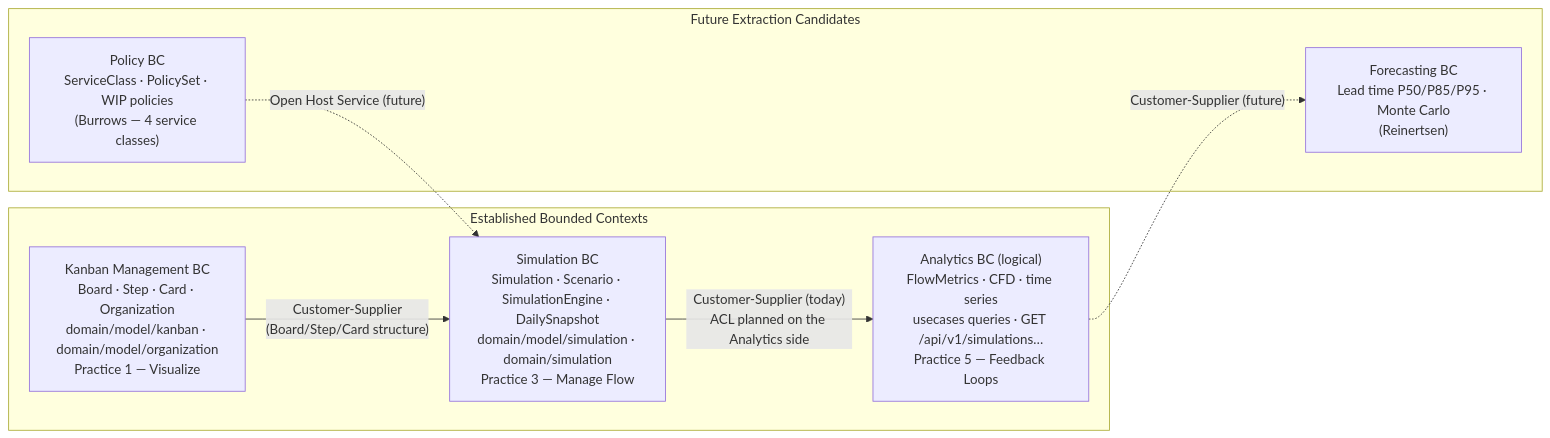
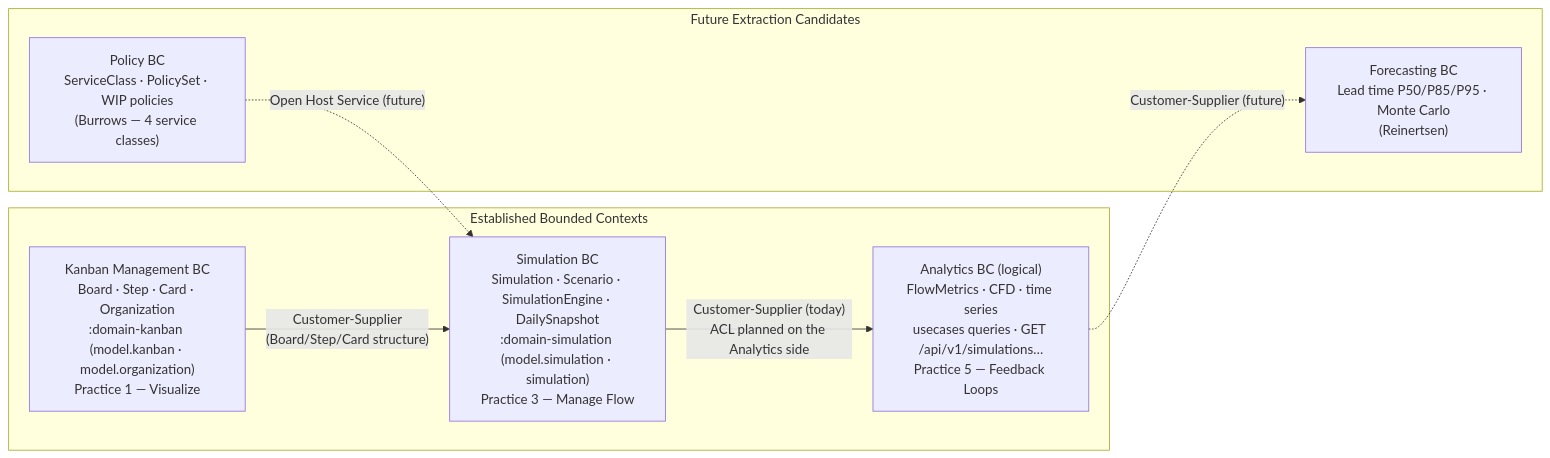
One commit to agnaldo4j/kanban-vision-api-kt changed the diagram in docs/context-map.md. Above: the diagram before and after it, drawn with Mermaid. The commit also changed other lines of this file and 4 other files, not shown here.

First line of the commit message:
GAP-CM [N] — Auditoria pós-ADR-0038 + refresh de docs e diagramas (#303)

````diff
--- a/docs/context-map.md
+++ b/docs/context-map.md
@@ -14,16 +14,16 @@
 ```mermaid
 graph LR
     subgraph EST["Established Bounded Contexts"]
-        KM["Kanban Management BC<br/>Board · Step · Card · Organization<br/>domain/model/kanban · domain/model/organization<br/>Practice 1 — Visualize"]
-        SIM["Simulation BC<br/>Simulation · Scenario · SimulationEngine · DailySnapshot<br/>domain/model/simulation · domain/simulation<br/>Practice 3 — Manage Flow"]
+        KM["Kanban Management BC<br/>Board · Step · Card · Organization<br/>:domain-kanban (model.kanban · model.organization)<br/>Practice 1 — Visualize"]
+        SIM["Simulation BC<br/>Simulation · Scenario · SimulationEngine · DailySnapshot<br/>:domain-simulation (model.simulation · simulation)<br/>Practice 3 — Manage Flow"]
         ANA["Analytics BC (logical)<br/>FlowMetrics · CFD · time series<br/>usecases queries · GET /api/v1/simulations…<br/>Practice 5 — Feedback Loops"]
     end
     subgraph FUT["Future Extraction Candidates"]
         FOR["Forecasting BC<br/>Lead time P50/P85/P95 · Monte Carlo<br/>(Reinertsen)"]
         POL["Policy BC<br/>ServiceClass · PolicySet · WIP policies<br/>(Burrows — 4 service classes)"]
     end
     KM -->|"Customer-Supplier<br/>(Board/Step/Card structure)"| SIM
     SIM -->|"Customer-Supplier (today)<br/>ACL planned on the Analytics side"| ANA
     ANA -.->|"Customer-Supplier (future)"| FOR
     POL -.->|"Open Host Service (future)"| SIM
 ```
````
